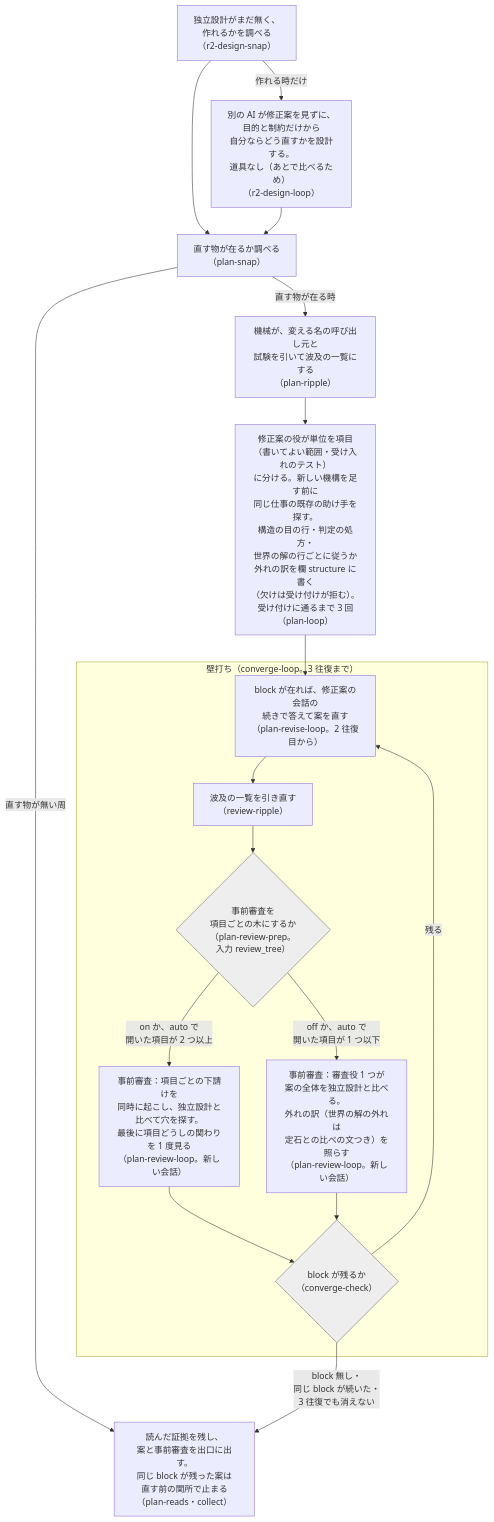
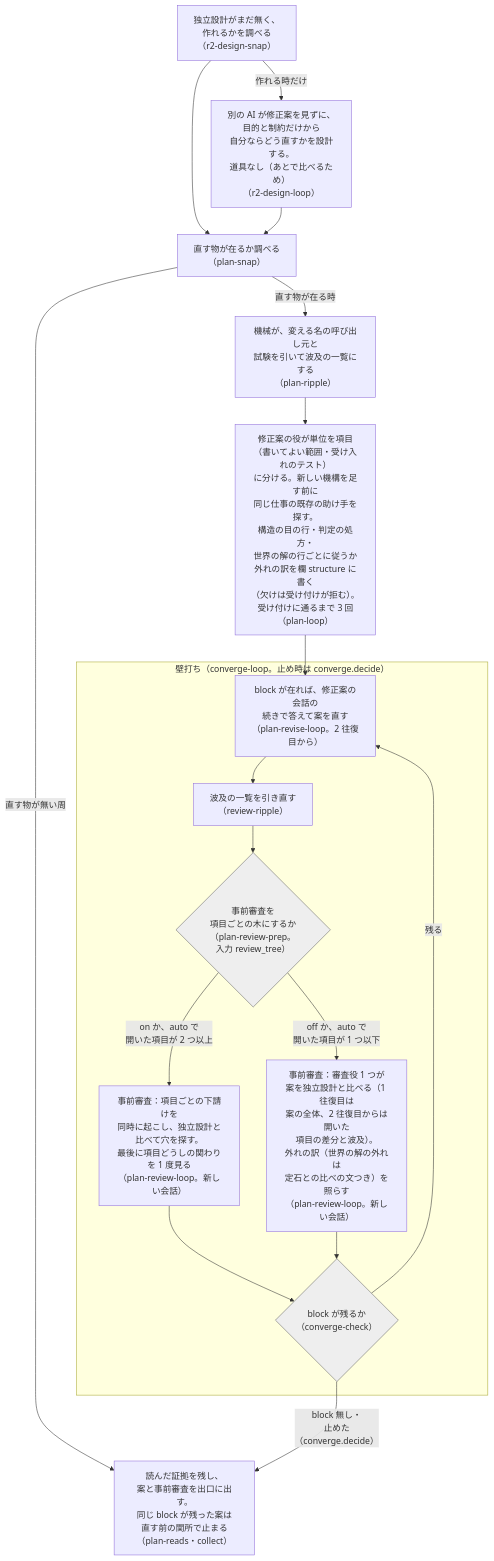
One commit to raiki61/claude-plugins changed the fourth of 8 diagrams in works/docs/darkfactory-flow.md. Above: the diagram before and after it, drawn with Mermaid. The commit also changed other lines of this file and 31 other files, not shown here.

Commit message:
fix(works): run 28948af4 の差分を取り込む（事前審査の往復を回数の柵でなく開いた block の減り方で止め、輪の上限は届かない安全の止めにして届けば人の関所へ・波及の一覧に案が消す名を引き残る名指しを数える・工程の地図の古さを数える・1 回目に出た所見の割合と後の block の出自を報告する。darkflow の文書の 12 は main の待ちの列の文を残す）

````diff
--- a/works/docs/darkfactory-flow.md
+++ b/works/docs/darkfactory-flow.md
@@ -122,23 +122,23 @@
 ```mermaid
 flowchart TD
   RS0["独立設計がまだ無く、<br/>作れるかを調べる<br/>（r2-design-snap）"] -- "作れる時だけ" --> RD2["別の AI が修正案を見ずに、<br/>目的と制約だけから<br/>自分ならどう直すかを設計する。<br/>道具なし（あとで比べるため）<br/>（r2-design-loop）"]
   RS0 --> PS
   RD2 --> PS["直す物が在るか調べる<br/>（plan-snap）"]
   PS -- "直す物が在る時" --> RIP["機械が、変える名の呼び出し元と<br/>試験を引いて波及の一覧にする<br/>（plan-ripple）"]
   RIP --> PL["修正案の役が単位を項目<br/>（書いてよい範囲・受け入れのテスト）<br/>に分ける。新しい機構を足す前に<br/>同じ仕事の既存の助け手を探す。<br/>構造の目の行・判定の処方・<br/>世界の解の行ごとに従うか<br/>外れの訳を欄 structure に書く<br/>（欠けは受け付けが拒む）。<br/>受け付けに通るまで 3 回<br/>（plan-loop）"]
   PL --> CVS
   PS -- "直す物が無い周" --> PC
-  subgraph CV["壁打ち（converge-loop。3 往復まで）"]
+  subgraph CV["壁打ち（converge-loop。止め時は converge.decide）"]
     CVS["block が在れば、修正案の会話の<br/>続きで答えて案を直す<br/>（plan-revise-loop。2 往復目から）"] --> RR["波及の一覧を引き直す<br/>（review-ripple）"]
     RR --> TREE{"事前審査を<br/>項目ごとの木にするか<br/>（plan-review-prep。<br/>入力 review_tree）"}
     TREE -- "on か、auto で<br/>開いた項目が 2 つ以上" --> PRT["事前審査：項目ごとの下請けを<br/>同時に起こし、独立設計と比べて穴を探す。<br/>最後に項目どうしの関わりを 1 度見る<br/>（plan-review-loop。新しい会話）"]
-    TREE -- "off か、auto で<br/>開いた項目が 1 つ以下" --> PR1["事前審査：審査役 1 つが<br/>案の全体を独立設計と比べる。<br/>外れの訳（世界の解の外れは<br/>定石との比べの文つき）を照らす<br/>（plan-review-loop。新しい会話）"]
+    TREE -- "off か、auto で<br/>開いた項目が 1 つ以下" --> PR1["事前審査：審査役 1 つが<br/>案を独立設計と比べる（1 往復目は<br/>案の全体、2 往復目からは開いた<br/>項目の差分と波及）。<br/>外れの訳（世界の解の外れは<br/>定石との比べの文つき）を照らす<br/>（plan-review-loop。新しい会話）"]
     PRT --> CK{"block が残るか<br/>（converge-check）"}
     PR1 --> CK
     CK -- "残る" --> CVS
   end
-  CK -- "block 無し・<br/>同じ block が続いた・<br/>3 往復でも消えない" --> PC["読んだ証拠を残し、<br/>案と事前審査を出口に出す。<br/>同じ block が残った案は<br/>直す前の関所で止まる<br/>（plan-reads・collect）"]
+  CK -- "block 無し・<br/>止めた<br/>（converge.decide）" --> PC["読んだ証拠を残し、<br/>案と事前審査を出口に出す。<br/>同じ block が残った案は<br/>直す前の関所で止まる<br/>（plan-reads・collect）"]
 
   classDef mdec fill:#eeeeee,stroke:#666
   class TREE,CK mdec
 ```
````
